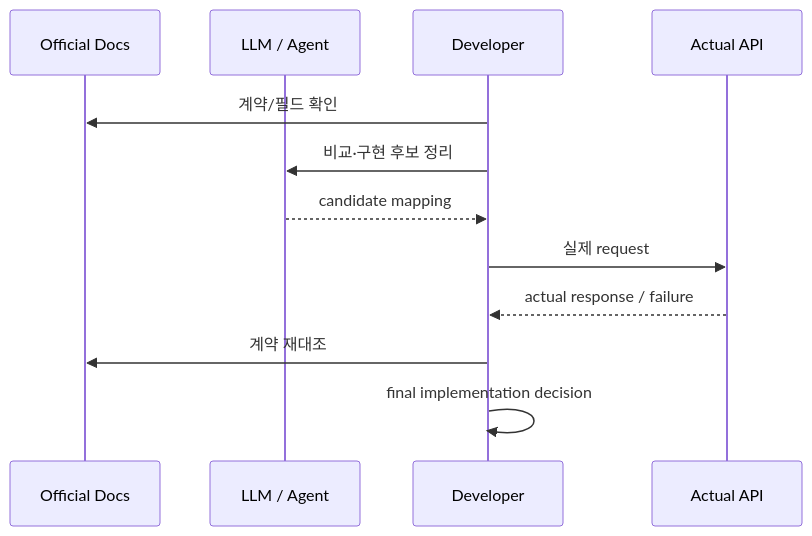
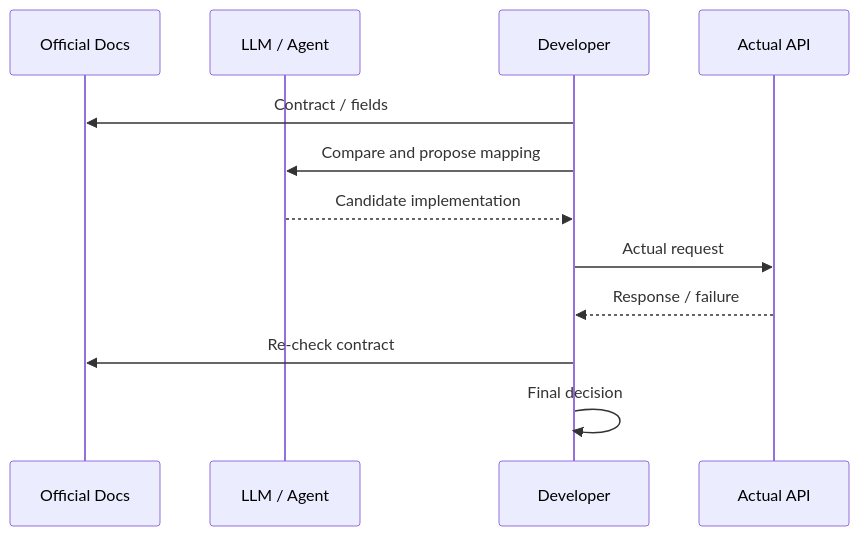
One commit to tomtomjskim/jsnetworkcorp-portfolio changed the fifth of 5 diagrams in docs/portfolio-ax/cases/04-ai-assisted-verification.md. Above: the diagram before and after it, drawn with Mermaid. The commit also changed other lines of this file, not shown here.

Commit message:
docs: make practical local LLM automation lead Case 04

````diff
--- a/docs/portfolio-ax/cases/04-ai-assisted-verification.md
+++ b/docs/portfolio-ax/cases/04-ai-assisted-verification.md
@@ -149,15 +194,15 @@
 ```mermaid
 sequenceDiagram
     participant Doc as Official Docs
     participant LLM as LLM / Agent
     participant Dev as Developer
     participant API as Actual API
 
-    Dev->>Doc: 계약/필드 확인
-    Dev->>LLM: 비교·구현 후보 정리
-    LLM-->>Dev: candidate mapping
-    Dev->>API: 실제 request
-    API-->>Dev: actual response / failure
-    Dev->>Doc: 계약 재대조
-    Dev->>Dev: final implementation decision
+    Dev->>Doc: Contract / fields
+    Dev->>LLM: Compare and propose mapping
+    LLM-->>Dev: Candidate implementation
+    Dev->>API: Actual request
+    API-->>Dev: Response / failure
+    Dev->>Doc: Re-check contract
+    Dev->>Dev: Final decision
 ```
````
